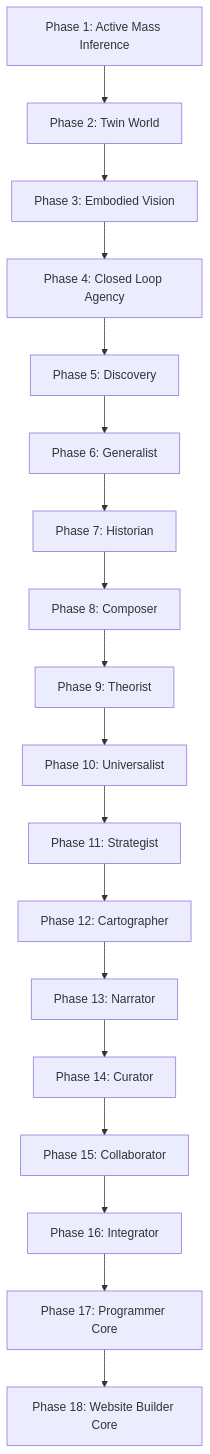
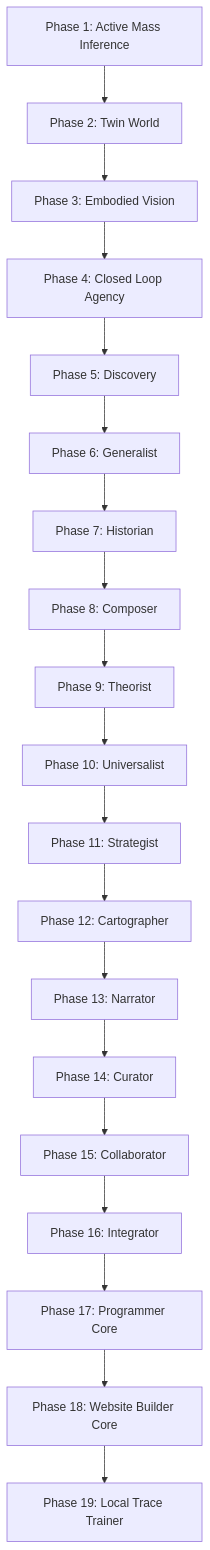
One commit to abdallah2183/causal-constructivism changed the diagram in README.md. Above: the diagram before and after it, drawn with Mermaid. The commit also changed other lines of this file and 11 other files, not shown here.

Commit message:
Add Phase 19 local trace training

````diff
--- a/README.md
+++ b/README.md
@@ -38,20 +39,21 @@
 ```mermaid
 flowchart TD
     P1["Phase 1: Active Mass Inference"] --> P2["Phase 2: Twin World"]
     P2 --> P3["Phase 3: Embodied Vision"]
     P3 --> P4["Phase 4: Closed Loop Agency"]
     P4 --> P5["Phase 5: Discovery"]
     P5 --> P6["Phase 6: Generalist"]
     P6 --> P7["Phase 7: Historian"]
     P7 --> P8["Phase 8: Composer"]
     P8 --> P9["Phase 9: Theorist"]
     P9 --> P10["Phase 10: Universalist"]
     P10 --> P11["Phase 11: Strategist"]
     P11 --> P12["Phase 12: Cartographer"]
     P12 --> P13["Phase 13: Narrator"]
     P13 --> P14["Phase 14: Curator"]
     P14 --> P15["Phase 15: Collaborator"]
     P15 --> P16["Phase 16: Integrator"]
     P16 --> P17["Phase 17: Programmer Core"]
     P17 --> P18["Phase 18: Website Builder Core"]
+    P18 --> P19["Phase 19: Local Trace Trainer"]
 ```
````
